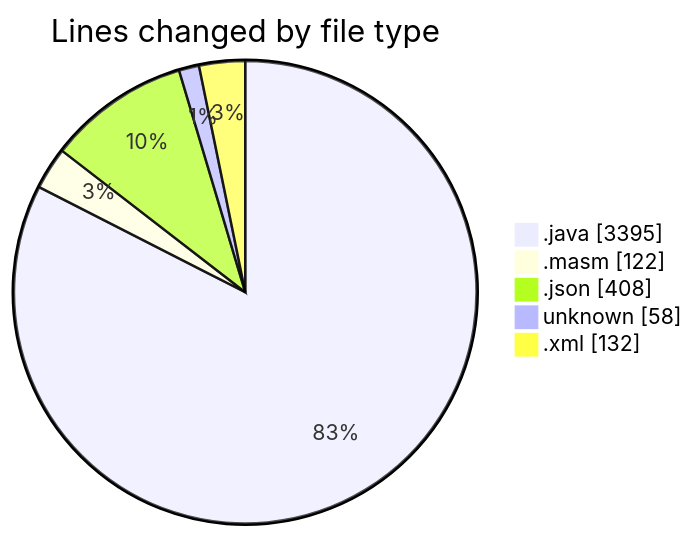
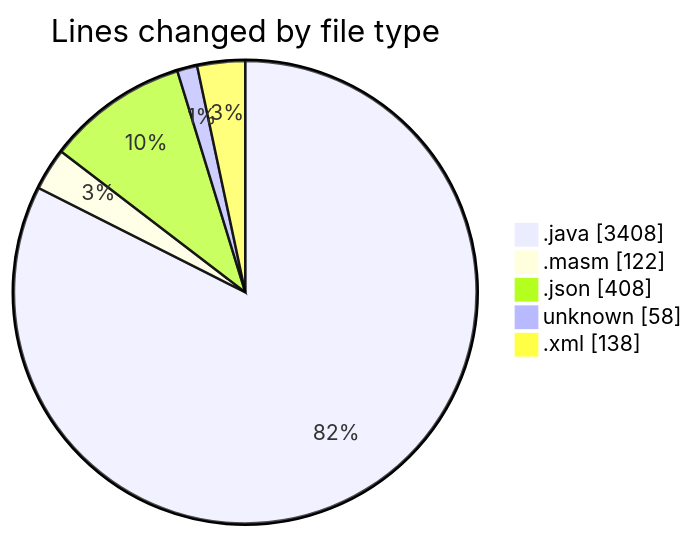
One commit to charlie-sans/code-tracking changed the first of 2 diagrams in 2025-02-19/masm/README.md. Above: the diagram before and after it, drawn with Mermaid. The commit also changed other lines of this file and 1 other file, not shown here.

````diff
--- a/2025-02-19/masm/README.md
+++ b/2025-02-19/masm/README.md
@@ -41,9 +41,9 @@
 ```mermaid
 pie showData
 title Lines changed by file type
-".java" : 3395
+".java" : 3408
 ".masm" : 122
 ".json" : 408
 "unknown" : 58
-".xml" : 132
+".xml" : 138
 ```
````
